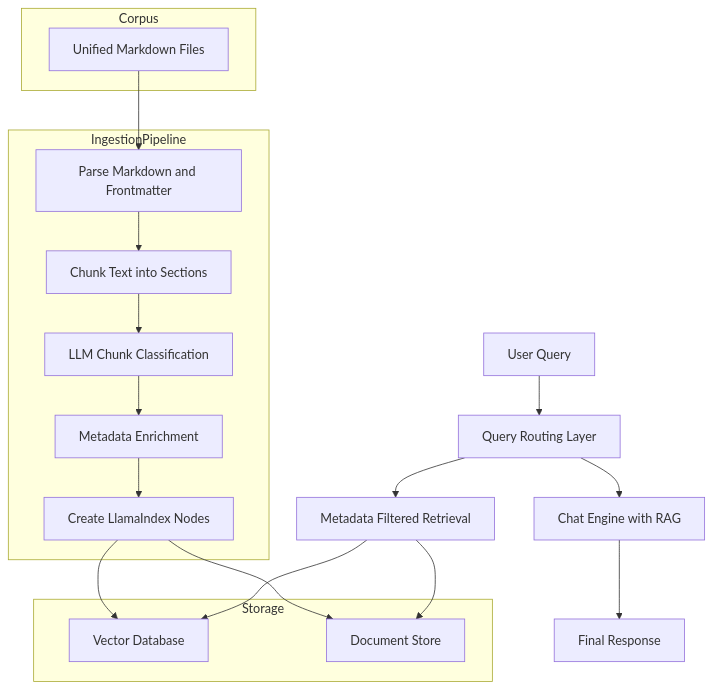
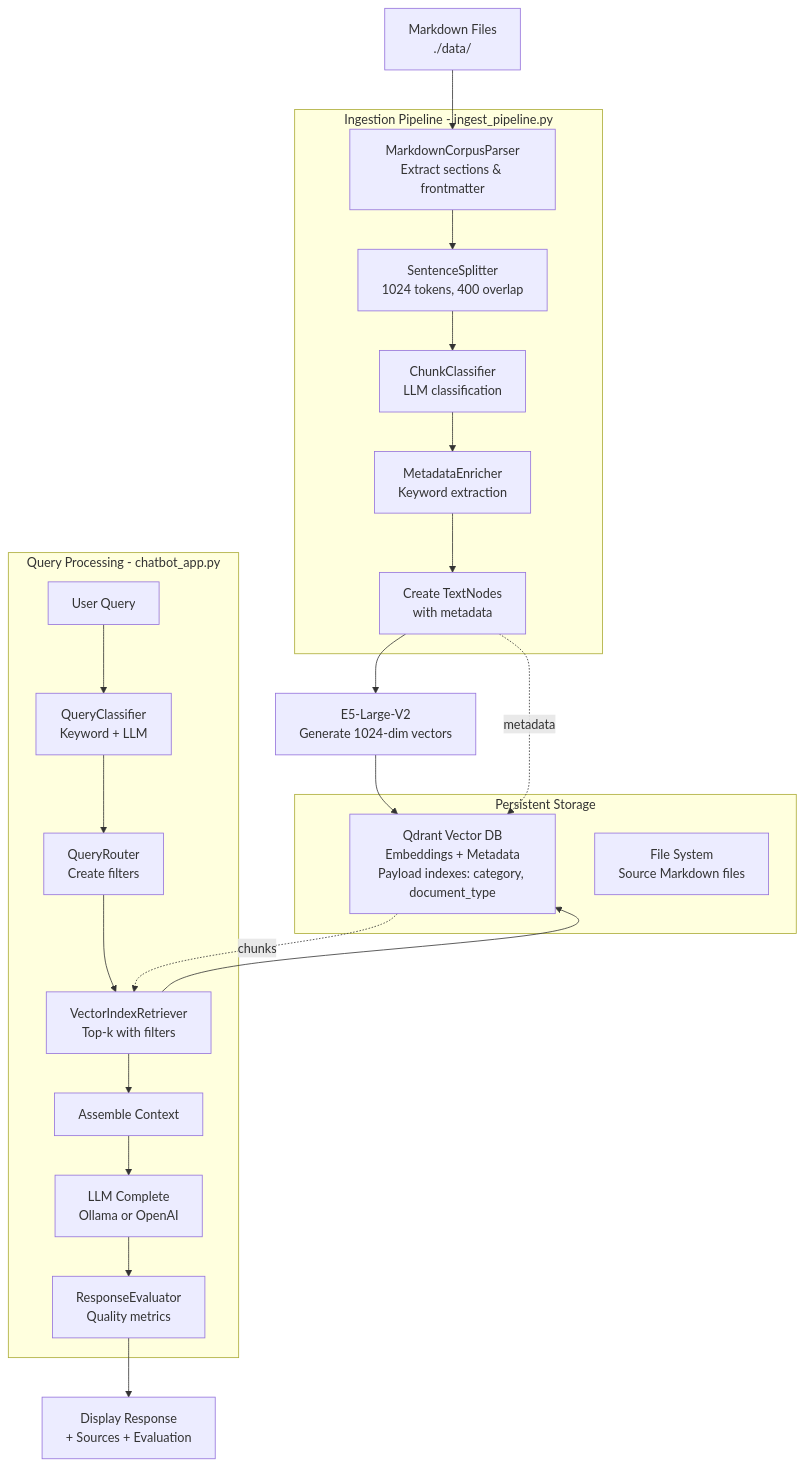
Before and after one commit to jonkiky/chatbot: the second of 3 diagrams in System-Design-AI-Chatbot-App.md, drawn with Mermaid. The commit also changed other lines of this file and 2 other files, not shown here.

````diff
--- a/System-Design-AI-Chatbot-App.md
+++ b/System-Design-AI-Chatbot-App.md
@@ -252,38 +340,48 @@
 ```mermaid
 flowchart TD
 
-    MarkdownCorpus[Unified Markdown Files] --> ParseMarkdown
-    ParseMarkdown[Parse Markdown and Frontmatter] --> ChunkText
-    ChunkText[Chunk Text into Sections] --> ClassifyChunks
-    ClassifyChunks[LLM Chunk Classification] --> EnrichMetadata
-    EnrichMetadata[Metadata Enrichment] --> CreateNodes
-    CreateNodes[Create LlamaIndex Nodes] --> VectorStore
-    CreateNodes --> DocumentStore
+    MarkdownCorpus[Markdown Files<br/>./data/] --> Parser
 
-    subgraph Corpus
-        MarkdownCorpus
+    subgraph IngestionPipeline[Ingestion Pipeline - ingest_pipeline.py]
+        Parser[MarkdownCorpusParser<br/>Extract sections & frontmatter]
+        Splitter[SentenceSplitter<br/>1024 tokens, 400 overlap]
+        Classifier[ChunkClassifier<br/>LLM classification]
+        Enricher[MetadataEnricher<br/>Keyword extraction]
+        NodeCreator[Create TextNodes<br/>with metadata]
     end
 
-    subgraph IngestionPipeline
-        ParseMarkdown
-        ChunkText
-        ClassifyChunks
-        EnrichMetadata
-        CreateNodes
+    Parser --> Splitter
+    Splitter --> Classifier
+    Classifier --> Enricher
+    Enricher --> NodeCreator
+
+    NodeCreator --> Embedder
+    Embedder[E5-Large-V2<br/>Generate 1024-dim vectors] --> VectorStore
+
+    subgraph Storage[Persistent Storage]
+        VectorStore[Qdrant Vector DB<br/>Embeddings + Metadata<br/>Payload indexes: category, document_type]
+        FileSystem[File System<br/>Source Markdown files]
     end
 
-    subgraph Storage
-        VectorStore[Vector Database]
-        DocumentStore[Document Store]
+    NodeCreator -.metadata.-> VectorStore
+
+    subgraph QueryFlow[Query Processing - chatbot_app.py]
+        UserQuery[User Query]
+        QClassifier[QueryClassifier<br/>Keyword + LLM]
+        QRouter[QueryRouter<br/>Create filters]
+        Retriever[VectorIndexRetriever<br/>Top-k with filters]
+        Context[Assemble Context]
+        LLMCall[LLM Complete<br/>Ollama or OpenAI]
+        Evaluator[ResponseEvaluator<br/>Quality metrics]
     end
 
-    QueryRouter[Query Routing Layer] --> FilteredRetrieval
-    FilteredRetrieval[Metadata Filtered Retrieval] --> VectorStore
-    FilteredRetrieval --> DocumentStore
-
-    QueryRouter --> ChatEngine
-    ChatEngine[Chat Engine with RAG] --> UserResponse
-
-    UserQuery[User Query] --> QueryRouter
-    UserResponse[Final Response]
+    UserQuery --> QClassifier
+    QClassifier --> QRouter
+    QRouter --> Retriever
+    Retriever --> VectorStore
+    VectorStore -.chunks.-> Retriever
+    Retriever --> Context
+    Context --> LLMCall
+    LLMCall --> Evaluator
+    Evaluator --> UserResponse[Display Response<br/>+ Sources + Evaluation]
 ```
````
